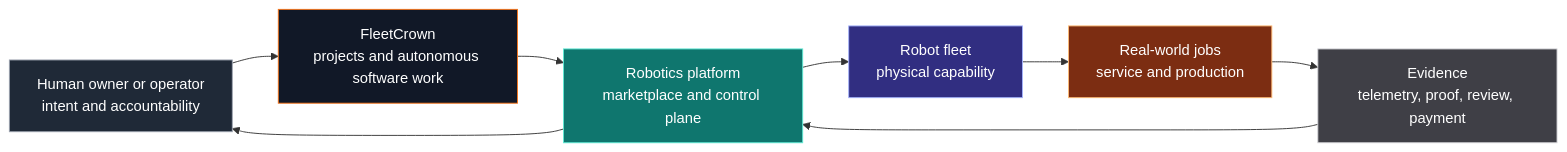
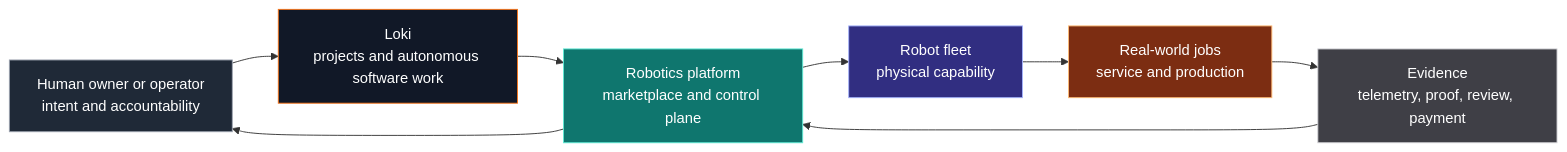
The diagram in content/thoughts/from-cockpit-to-the-shared-robotics-economy.md (bitbaum/fleetcrown), drawn with Mermaid before and after one commit. The commit also changed other lines of this file and 638 other files, not shown here.

First line of the commit message:
refactor: rename the product from FleetCrown to Loki

````diff
--- a/content/thoughts/from-cockpit-to-the-shared-robotics-economy.md
+++ b/content/thoughts/from-cockpit-to-the-shared-robotics-economy.md
@@ -68,24 +68,24 @@
 ```mermaid
 flowchart LR
     Human["Human owner or operator\nintent and accountability"]
-    FleetCrown["FleetCrown\nprojects and autonomous software work"]
+    Loki["Loki\nprojects and autonomous software work"]
     Platform["Robotics platform\nmarketplace and control plane"]
     Robot["Robot fleet\nphysical capability"]
     Job["Real-world jobs\nservice and production"]
     Evidence["Evidence\ntelemetry, proof, review, payment"]
 
-    Human --> FleetCrown
-    FleetCrown --> Platform
+    Human --> Loki
+    Loki --> Platform
     Platform --> Robot
     Robot --> Job
     Job --> Evidence
     Evidence --> Platform
     Platform --> Human
 
     style Human fill:#1f2937,stroke:#9ca3af,color:#fff
-    style FleetCrown fill:#111827,stroke:#f97316,color:#fff
+    style Loki fill:#111827,stroke:#f97316,color:#fff
     style Platform fill:#0f766e,stroke:#5eead4,color:#fff
     style Robot fill:#312e81,stroke:#a5b4fc,color:#fff
     style Job fill:#7c2d12,stroke:#fdba74,color:#fff
     style Evidence fill:#3f3f46,stroke:#d4d4d8,color:#fff
 ```
````
